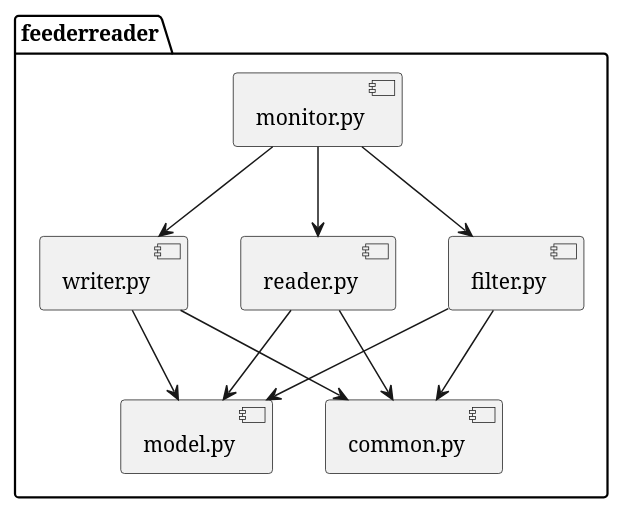
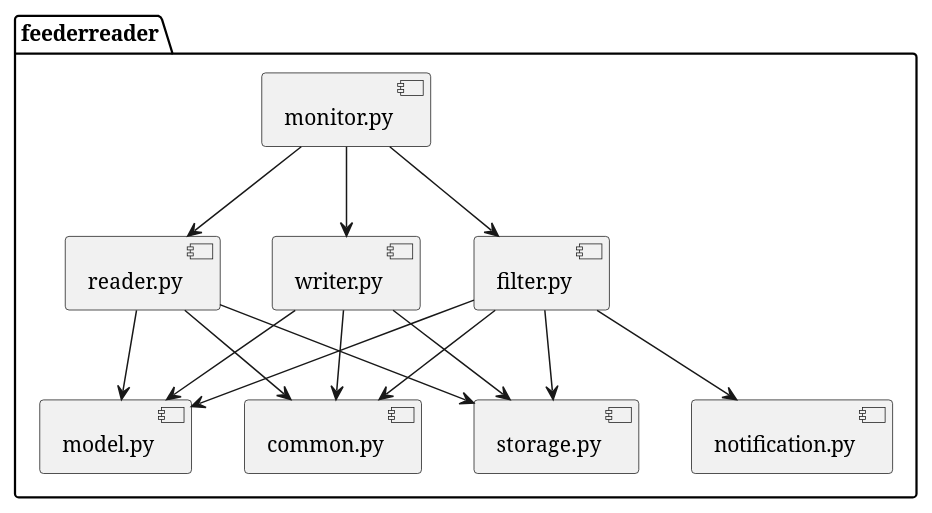
The first of 8 diagrams in docs/components.rst (slott56/FeederReader), drawn with PlantUML before and after one commit. The commit also changed other lines of this file and 29 other files, not shown here.

```diff
--- a/docs/components.rst
+++ b/docs/components.rst
@@ -7,26 +7,34 @@
 ..  plantuml::
 
     @startuml
 
     package feederreader {
         component model.py
+        component common.py
+        component storage.py
+        component notification.py
         component reader.py
         component filter.py
         component writer.py
         component monitor.py
-        component common.py
     }
 
     monitor.py --> reader.py
     monitor.py --> filter.py
     monitor.py --> writer.py
+
+    filter.py --> notification.py
 
     reader.py --> model.py
     filter.py --> model.py
     writer.py --> model.py
 
     reader.py --> common.py
     filter.py --> common.py
     writer.py --> common.py
 
+    reader.py --> storage.py
+    filter.py --> storage.py
+    writer.py --> storage.py
+
     @enduml
```
